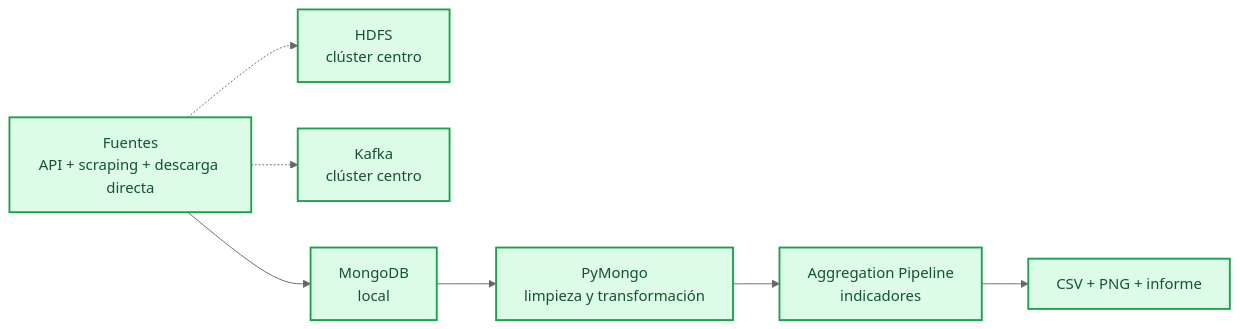
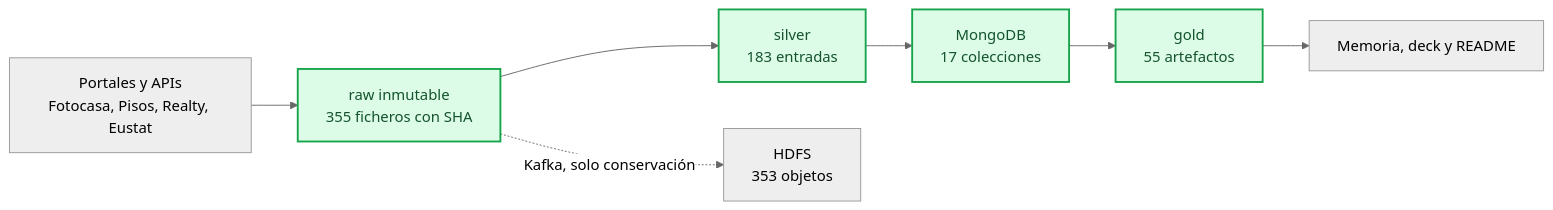
One commit to mikelrh-dev/bigdata-vivienda-euskadi changed the first of 2 diagrams in README.md. Above: the diagram before and after it, drawn with Mermaid (neutral theme). The commit also changed other lines of this file, not shown here.

````diff
--- a/README.md
+++ b/README.md
@@ -121,20 +105,19 @@
 ```mermaid
 flowchart LR
-    accTitle: Pipeline de datos vivienda Euskadi
-    accDescr: Flujo de fuentes a resultados: extraccion, HDFS, Kafka, MongoDB, limpieza, agregacion, visualizacion.
+    accTitle: Recorrido de un anuncio hasta la cifra final
+    accDescr: Un anuncio entra por scraping o API, se congela en raw, se normaliza en silver, se carga en MongoDB y termina en los artefactos del gold. La rama de HDFS conserva solo los originales.
 
-    src["Fuentes<br/>API + scraping + descarga directa"]
-    hdfs["HDFS<br/>clúster centro"]
-    kafka["Kafka<br/>clúster centro"]
-    mongo["MongoDB<br/>local"]
-    clean["PyMongo<br/>limpieza y transformación"]
-    agg["Aggregation Pipeline<br/>indicadores"]
-    viz["CSV + PNG + informe"]
+    portal["Portales y APIs<br/>Fotocasa, Pisos, Realty, Eustat"]
+    raw["raw inmutable<br/>355 ficheros con SHA"]
+    silver["silver<br/>183 entradas"]
+    mongo["MongoDB<br/>17 colecciones"]
+    gold["gold<br/>55 artefactos"]
+    deck["Memoria, deck y README"]
+    hdfs["HDFS<br/>353 objetos"]
 
-    src --> mongo --> clean --> agg --> viz
-    src -.-> hdfs
-    src -.-> kafka
+    portal --> raw --> silver --> mongo --> gold --> deck
+    raw -.->|"Kafka, solo conservación"| hdfs
 
-    classDef done fill:#dcfce7,stroke:#16a34a,stroke-width:2px,color:#14532d
-    class src,hdfs,kafka,mongo,clean,agg,viz done
+    classDef capa fill:#dcfce7,stroke:#16a34a,stroke-width:2px,color:#14532d
+    class raw,silver,mongo,gold capa
 ```
````
